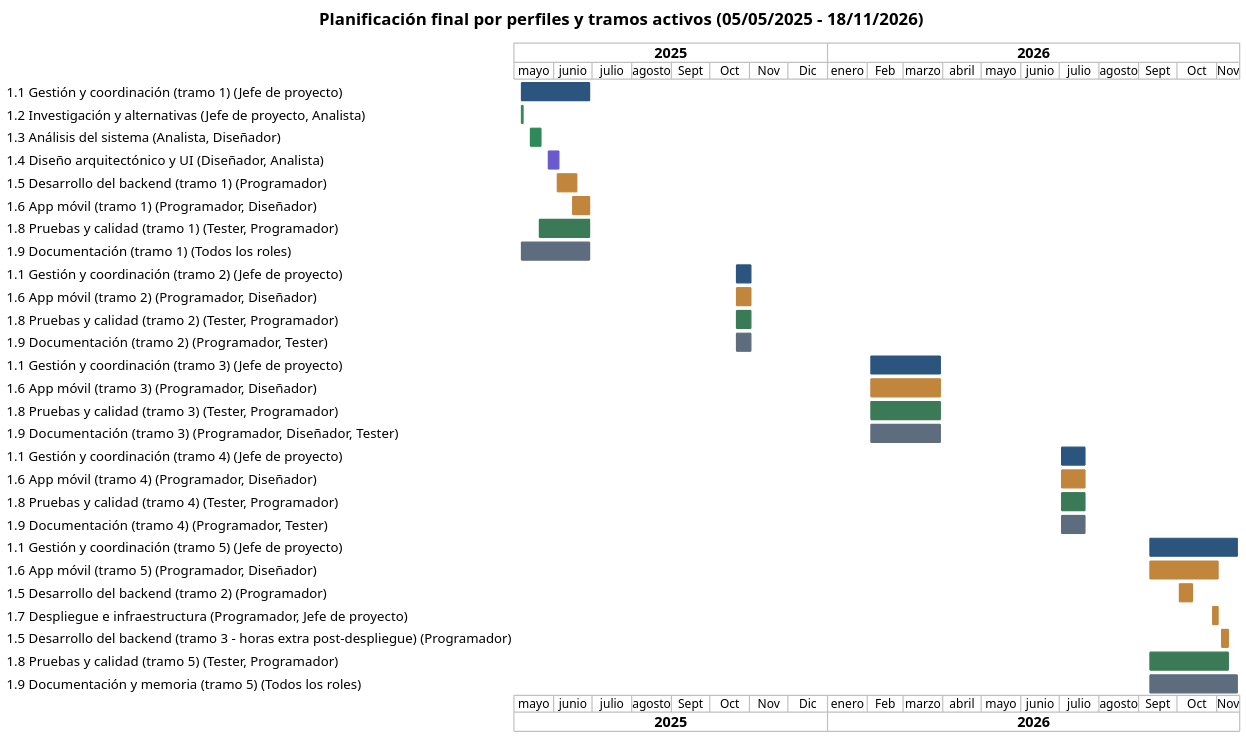
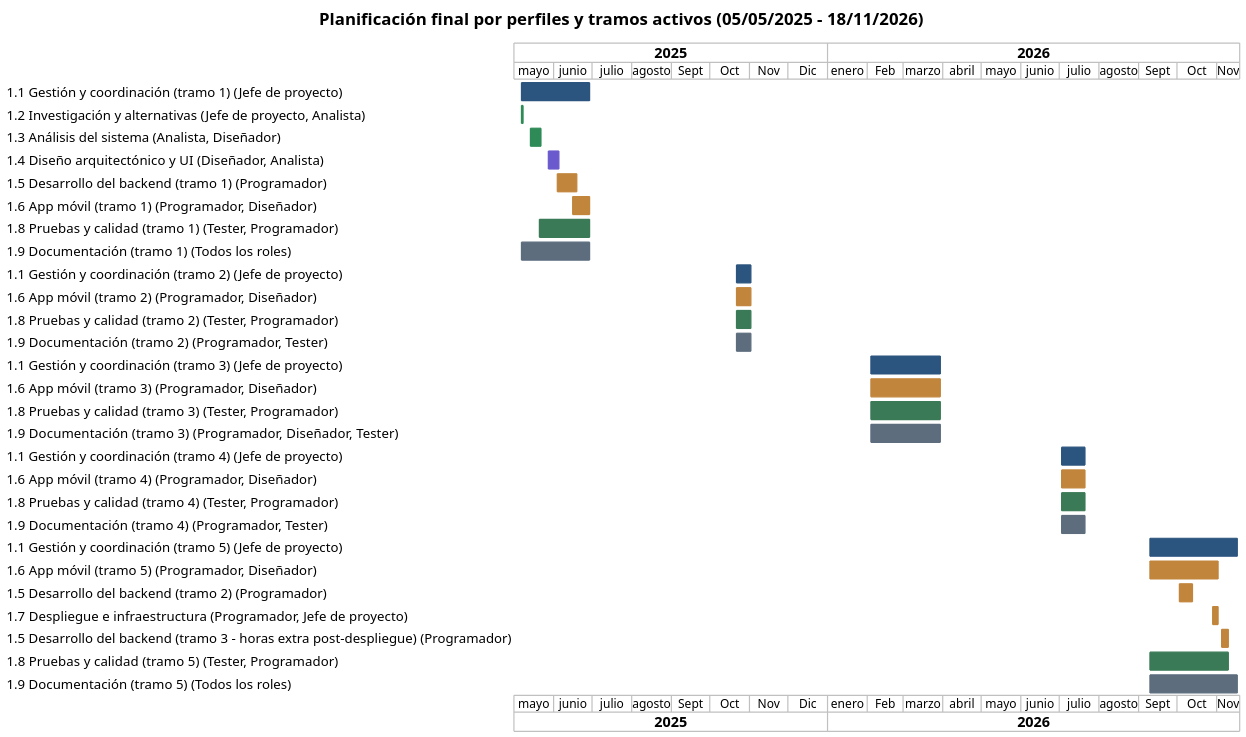
Before and after one commit to adrianmahialoredo/TFG: the diagram in diagrams/planning/gantt_final_perfiles.puml, drawn with PlantUML. The commit also changed 23 other files, not shown here.

```diff
--- a/diagrams/planning/gantt_final_perfiles.puml
+++ b/diagrams/planning/gantt_final_perfiles.puml
@@ -1,72 +1,72 @@
 @startgantt gantt_final_perfiles
 title Planificación final por perfiles y tramos activos (05/05/2025 – 18/11/2026)
 printscale monthly
 Project starts 2025-05-01
 language es
 scale 2
 Label on first column and left aligned
 
 ' --- TRAMO 1: Mayo - Junio 2025 ---
 [1.1 Gestión y coordinación (tramo 1) (Jefe de proyecto)] starts 2025-05-05 and ends 2025-06-30
 [1.1 Gestión y coordinación (tramo 1) (Jefe de proyecto)] is colored in #2B547E
 [1.2 Investigación y alternativas (Jefe de proyecto, Analista)] starts 2025-05-05 and ends 2025-05-09
 [1.2 Investigación y alternativas (Jefe de proyecto, Analista)] is colored in #2E8B57
 [1.3 Análisis del sistema (Analista, Diseñador)] starts 2025-05-12 and ends 2025-05-23
 [1.3 Análisis del sistema (Analista, Diseñador)] is colored in #2E8B57
 [1.4 Diseño arquitectónico y UI (Diseñador, Analista)] starts 2025-05-26 and ends 2025-06-06
 [1.4 Diseño arquitectónico y UI (Diseñador, Analista)] is colored in #6A5ACD
 [1.5 Desarrollo del backend (tramo 1) (Programador)] starts 2025-06-02 and ends 2025-06-20
 [1.5 Desarrollo del backend (tramo 1) (Programador)] is colored in #C1853C
 [1.6 App móvil (tramo 1) (Programador, Diseñador)] starts 2025-06-14 and ends 2025-06-30
 [1.6 App móvil (tramo 1) (Programador, Diseñador)] is colored in #C1853C
 [1.8 Pruebas y calidad (tramo 1) (Tester, Programador)] starts 2025-05-19 and ends 2025-06-30
 [1.8 Pruebas y calidad (tramo 1) (Tester, Programador)] is colored in #3B7A57
 [1.9 Documentación (tramo 1) (Todos los roles)] starts 2025-05-05 and ends 2025-06-30
 [1.9 Documentación (tramo 1) (Todos los roles)] is colored in #5D6D7E
 
 ' --- TRAMO 2: Octubre - Noviembre 2025 ---
 [1.1 Gestión y coordinación (tramo 2) (Jefe de proyecto)] starts 2025-10-20 and ends 2025-11-03
 [1.1 Gestión y coordinación (tramo 2) (Jefe de proyecto)] is colored in #2B547E
 [1.6 App móvil (tramo 2) (Programador, Diseñador)] starts 2025-10-20 and ends 2025-11-03
 [1.6 App móvil (tramo 2) (Programador, Diseñador)] is colored in #C1853C
 [1.8 Pruebas y calidad (tramo 2) (Tester, Programador)] starts 2025-10-20 and ends 2025-11-03
 [1.8 Pruebas y calidad (tramo 2) (Tester, Programador)] is colored in #3B7A57
 [1.9 Documentación (tramo 2) (Programador, Tester)] starts 2025-10-20 and ends 2025-11-03
 [1.9 Documentación (tramo 2) (Programador, Tester)] is colored in #5D6D7E
 
 ' --- TRAMO 3: Febrero - Marzo 2026 ---
 [1.1 Gestión y coordinación (tramo 3) (Jefe de proyecto)] starts 2026-02-02 and ends 2026-03-31
 [1.1 Gestión y coordinación (tramo 3) (Jefe de proyecto)] is colored in #2B547E
 [1.6 App móvil (tramo 3) (Programador, Diseñador)] starts 2026-02-02 and ends 2026-03-31
 [1.6 App móvil (tramo 3) (Programador, Diseñador)] is colored in #C1853C
 [1.8 Pruebas y calidad (tramo 3) (Tester, Programador)] starts 2026-02-02 and ends 2026-03-31
 [1.8 Pruebas y calidad (tramo 3) (Tester, Programador)] is colored in #3B7A57
 [1.9 Documentación (tramo 3) (Programador, Diseñador, Tester)] starts 2026-02-02 and ends 2026-03-31
 [1.9 Documentación (tramo 3) (Programador, Diseñador, Tester)] is colored in #5D6D7E
 
 ' --- TRAMO 4: Julio 2026 ---
 [1.1 Gestión y coordinación (tramo 4) (Jefe de proyecto)] starts 2026-07-01 and ends 2026-07-22
 [1.1 Gestión y coordinación (tramo 4) (Jefe de proyecto)] is colored in #2B547E
 [1.6 App móvil (tramo 4) (Programador, Diseñador)] starts 2026-07-01 and ends 2026-07-22
 [1.6 App móvil (tramo 4) (Programador, Diseñador)] is colored in #C1853C
 [1.8 Pruebas y calidad (tramo 4) (Tester, Programador)] starts 2026-07-01 and ends 2026-07-22
 [1.8 Pruebas y calidad (tramo 4) (Tester, Programador)] is colored in #3B7A57
 [1.9 Documentación (tramo 4) (Programador, Tester)] starts 2026-07-01 and ends 2026-07-22
 [1.9 Documentación (tramo 4) (Programador, Tester)] is colored in #5D6D7E
 
 ' --- TRAMO 5: Septiembre - Noviembre 2026 ---
 [1.1 Gestión y coordinación (tramo 5) (Jefe de proyecto)] starts 2026-09-08 and ends 2026-11-18
 [1.1 Gestión y coordinación (tramo 5) (Jefe de proyecto)] is colored in #2B547E
 [1.6 App móvil (tramo 5) (Programador, Diseñador)] starts 2026-09-08 and ends 2026-11-03
 [1.6 App móvil (tramo 5) (Programador, Diseñador)] is colored in #C1853C
 [1.5 Desarrollo del backend (tramo 2) (Programador)] starts 2026-10-01 and ends 2026-10-14
 [1.5 Desarrollo del backend (tramo 2) (Programador)] is colored in #C1853C
 [1.7 Despliegue e infraestructura (Programador, Jefe de proyecto)] starts 2026-10-27 and ends 2026-11-03
 [1.7 Despliegue e infraestructura (Programador, Jefe de proyecto)] is colored in #C1853C
 [1.5 Desarrollo del backend (tramo 3 - horas extra post-despliegue) (Programador)] starts 2026-11-03 and ends 2026-11-11
 [1.5 Desarrollo del backend (tramo 3 - horas extra post-despliegue) (Programador)] is colored in #C1853C
 [1.8 Pruebas y calidad (tramo 5) (Tester, Programador)] starts 2026-09-08 and ends 2026-11-11
 [1.8 Pruebas y calidad (tramo 5) (Tester, Programador)] is colored in #3B7A57
-[1.9 Documentación y memoria (tramo 5) (Todos los roles)] starts 2026-09-08 and ends 2026-11-18
-[1.9 Documentación y memoria (tramo 5) (Todos los roles)] is colored in #5D6D7E
+[1.9 Documentación (tramo 5) (Todos los roles)] starts 2026-09-08 and ends 2026-11-18
+[1.9 Documentación (tramo 5) (Todos los roles)] is colored in #5D6D7E
 @endgantt
```
